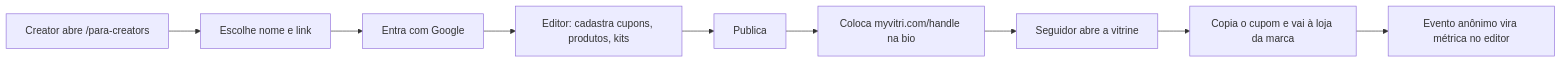
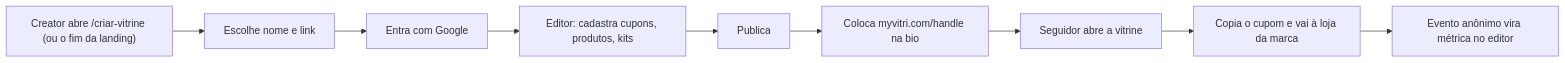
Before and after one commit to estevaons/myvitri: the first of 5 diagrams in docs/architecture.md, drawn with Mermaid. The commit also changed other lines of this file and 30 other files, not shown here.

````diff
--- a/docs/architecture.md
+++ b/docs/architecture.md
@@ -16,11 +16,11 @@
 ```mermaid
 graph LR
-    A["Creator abre /para-creators"] --> B["Escolhe nome e link"]
+    A["Creator abre /criar-vitrine (ou o fim da landing)"] --> B["Escolhe nome e link"]
     B --> C["Entra com Google"]
     C --> D["Editor: cadastra cupons, produtos, kits"]
     D --> E["Publica"]
     E --> F["Coloca myvitri.com/handle na bio"]
     F --> G["Seguidor abre a vitrine"]
     G --> H["Copia o cupom e vai à loja da marca"]
     H --> I["Evento anônimo vira métrica no editor"]
 ```
````
